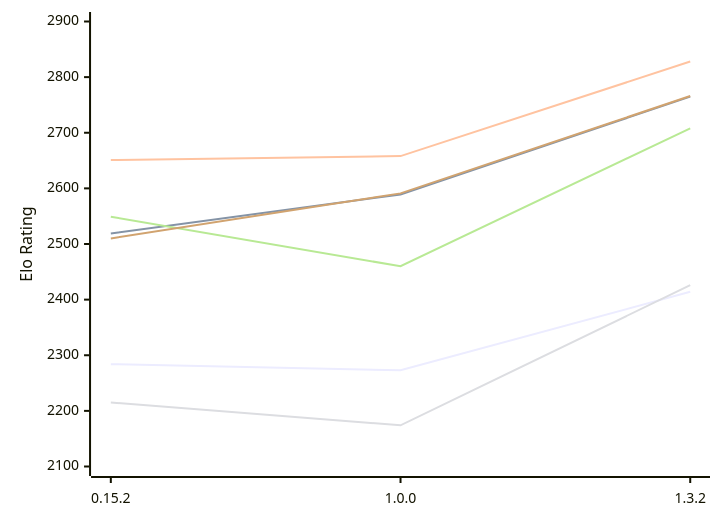
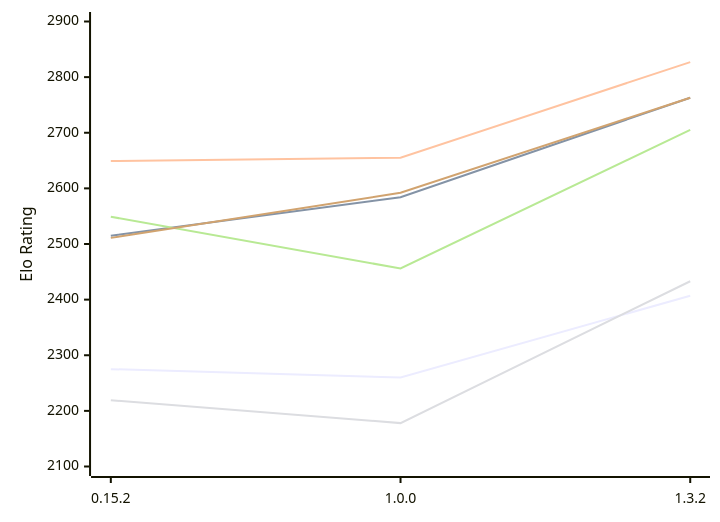
One commit to computer-chess-index/cci changed the diagram in engines/ElephantGambit.md. Above: the diagram before and after it, drawn with Mermaid. The commit also changed other lines of this file, not shown here.

Commit message:
Update CCI Ratings (ELO VLTC) - 2026-11-15

````diff
--- a/engines/ElephantGambit.md
+++ b/engines/ElephantGambit.md
@@ -52,12 +52,12 @@
 ```mermaid
 %%{init: {"theme":"base","themeVariables":{"seriesColors:['#a3a3a3','#222221','#faa371']}}}%%
 xychart-beta
   x-axis ["0.15.2", "1.0.0", "1.3.2"]
   y-axis "Elo Rating" 2100 --> 2900
-  line "E1: STC (8.0+0.08s)" [2284, 2273, 2414]
-  line "E1: LTC (60.0+0.60s)" [2519, 2589, 2765]
-  line "E1: VLTC (2m24s+1.12s)" [2651, 2658, 2828]
-  line "P1: STC (8.0+0.08s)" [2215, 2174, 2426]
-  line "P1: LTC (60.0+0.60s)" [2549, 2460, 2708]
-  line "P1: VLTC (2m24s+1.12s)" [2510, 2591, 2766]
+  line "E1: STC (8.0+0.08s)" [2275, 2260, 2407]
+  line "E1: LTC (60.0+0.60s)" [2515, 2584, 2763]
+  line "E1: VLTC (2m24s+1.12s)" [2649, 2655, 2827]
+  line "P1: STC (8.0+0.08s)" [2219, 2178, 2433]
+  line "P1: LTC (60.0+0.60s)" [2549, 2456, 2705]
+  line "P1: VLTC (2m24s+1.12s)" [2511, 2592, 2763]
 ```
````
